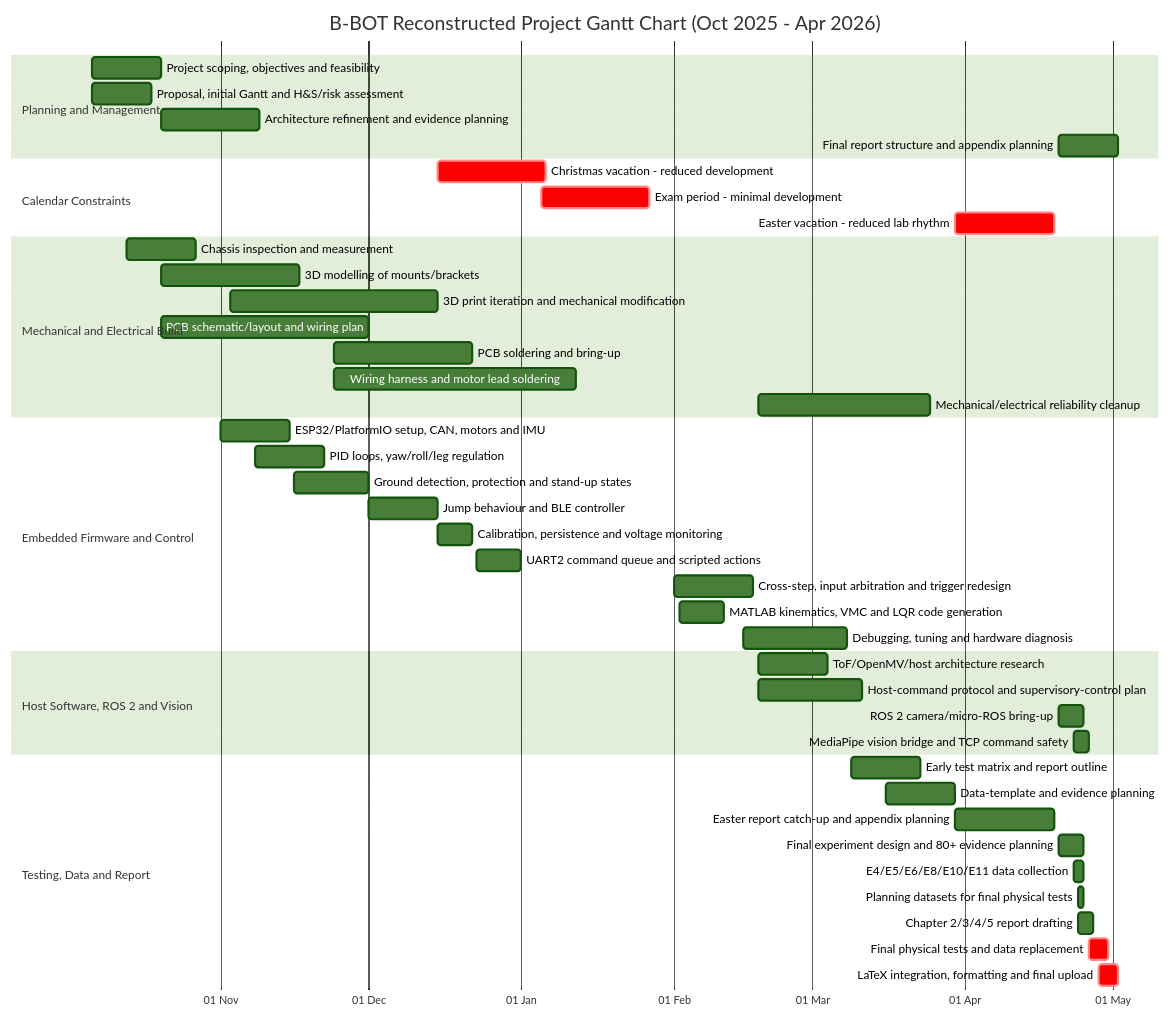
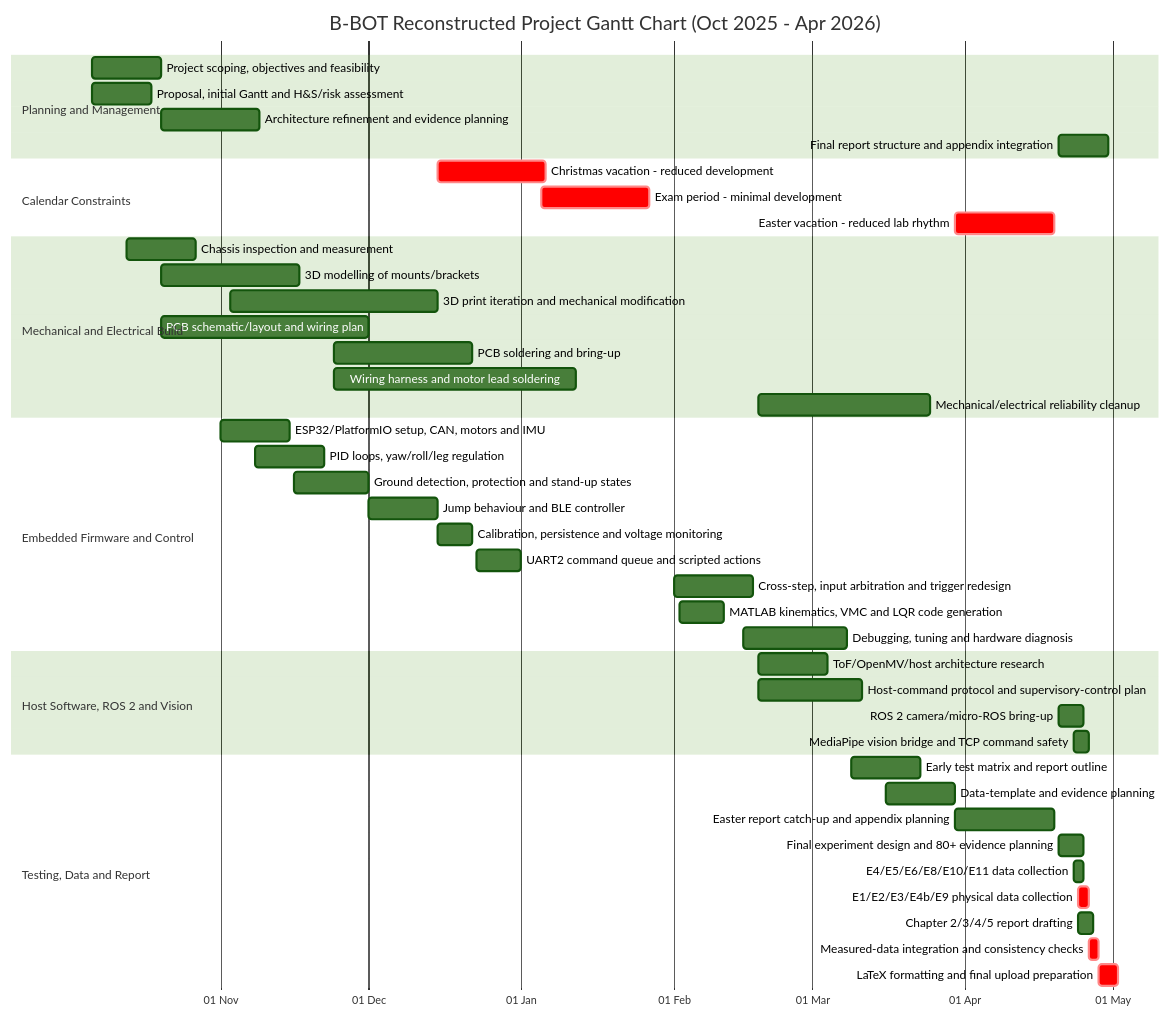
Before and after one commit to Realsbt/B-BOT: the diagram in Report/planning/Project_Management_Gantt_and_Weekly_Log.md, drawn with Mermaid (forest theme). The commit also changed other lines of this file and 30 other files, not shown here.

````diff
--- a/Report/planning/Project_Management_Gantt_and_Weekly_Log.md
+++ b/Report/planning/Project_Management_Gantt_and_Weekly_Log.md
@@ -23,54 +23,54 @@
 ```mermaid
 gantt
     title B-BOT Reconstructed Project Gantt Chart (Oct 2025 - Apr 2026)
     dateFormat  YYYY-MM-DD
     axisFormat  %d %b
 
     section Planning and Management
     Project scoping, objectives and feasibility        :p1, 2025-10-06, 14d
     Proposal, initial Gantt and H&S/risk assessment    :p2, 2025-10-06, 12d
     Architecture refinement and evidence planning      :p3, 2025-10-20, 20d
-    Final report structure and appendix planning       :p4, 2026-04-20, 12d
+    Final report structure and appendix integration    :p4, 2026-04-20, 10d
 
     section Calendar Constraints
     Christmas vacation - reduced development           :crit, c1, 2025-12-15, 22d
     Exam period - minimal development                  :crit, c2, 2026-01-05, 22d
     Easter vacation - reduced lab rhythm               :crit, c3, 2026-03-30, 20d
 
     section Mechanical and Electrical Build
     Chassis inspection and measurement                 :m1, 2025-10-13, 14d
     3D modelling of mounts/brackets                    :m2, 2025-10-20, 28d
     3D print iteration and mechanical modification     :m3, 2025-11-03, 42d
     PCB schematic/layout and wiring plan               :m4, 2025-10-20, 42d
     PCB soldering and bring-up                         :m5, 2025-11-24, 28d
     Wiring harness and motor lead soldering            :m6, 2025-11-24, 49d
     Mechanical/electrical reliability cleanup          :m7, 2026-02-18, 35d
 
     section Embedded Firmware and Control
     ESP32/PlatformIO setup, CAN, motors and IMU         :e1, 2025-11-01, 14d
     PID loops, yaw/roll/leg regulation                 :e2, 2025-11-08, 14d
     Ground detection, protection and stand-up states   :e3, 2025-11-16, 15d
     Jump behaviour and BLE controller                  :e4, 2025-12-01, 14d
     Calibration, persistence and voltage monitoring    :e5, 2025-12-15, 7d
     UART2 command queue and scripted actions           :e6, 2025-12-23, 9d
     Cross-step, input arbitration and trigger redesign :e7, 2026-02-01, 16d
     MATLAB kinematics, VMC and LQR code generation     :e8, 2026-02-02, 9d
     Debugging, tuning and hardware diagnosis           :e9, 2026-02-15, 21d
 
     section Host Software, ROS 2 and Vision
     ToF/OpenMV/host architecture research              :h1, 2026-02-18, 14d
     Host-command protocol and supervisory-control plan :h2, 2026-02-18, 21d
     ROS 2 camera/micro-ROS bring-up                    :h3, 2026-04-20, 5d
     MediaPipe vision bridge and TCP command safety     :h4, 2026-04-23, 3d
 
     section Testing, Data and Report
     Early test matrix and report outline               :t1, 2026-03-09, 14d
     Data-template and evidence planning                :t2, 2026-03-16, 14d
     Easter report catch-up and appendix planning       :t3, 2026-03-30, 20d
     Final experiment design and 80+ evidence planning  :t4, 2026-04-20, 5d
     E4/E5/E6/E8/E10/E11 data collection                :t5, 2026-04-23, 2d
-    Planning datasets for final physical tests            :t6, 2026-04-24, 1d
+    E1/E2/E3/E4b/E9 physical data collection           :crit, t6, 2026-04-24, 2d
     Chapter 2/3/4/5 report drafting                    :t7, 2026-04-24, 3d
-    Final physical tests and data replacement          :crit, t8, 2026-04-26, 4d
-    LaTeX integration, formatting and final upload     :crit, t9, 2026-04-28, 4d
+    Measured-data integration and consistency checks   :crit, t8, 2026-04-26, 2d
+    LaTeX formatting and final upload preparation      :crit, t9, 2026-04-28, 4d
 ```
````
